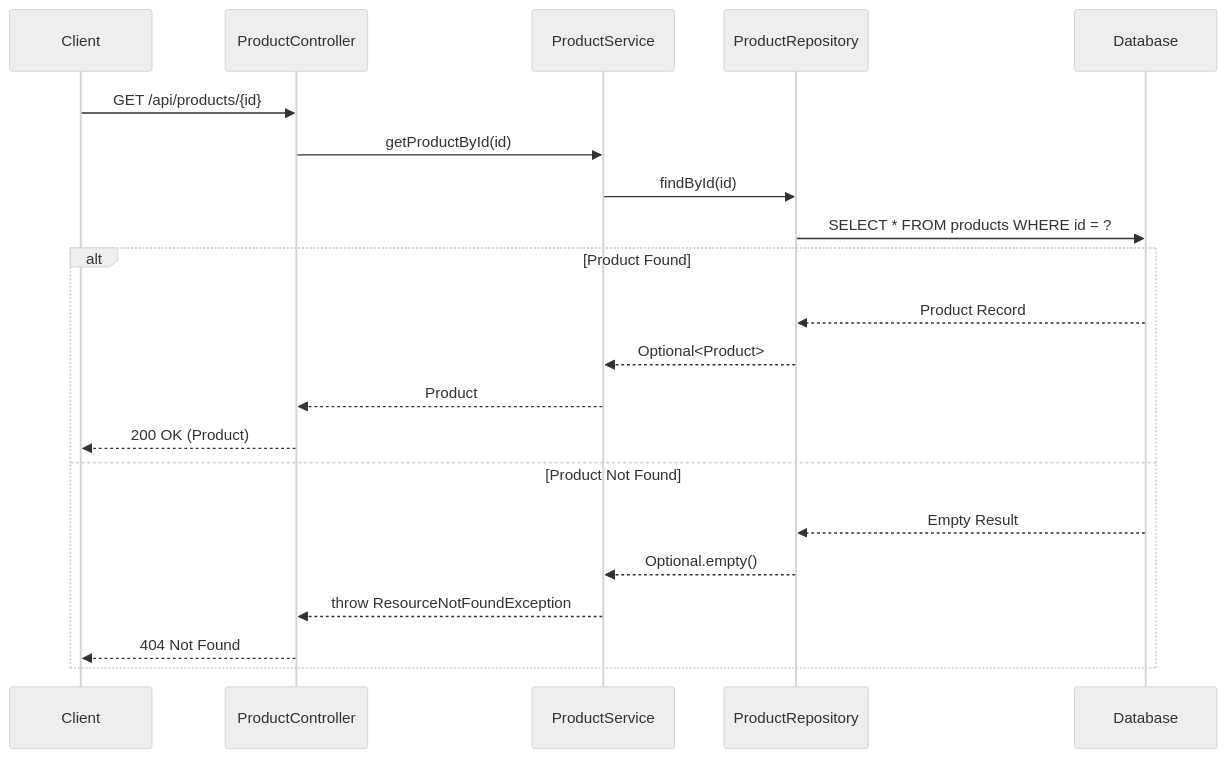
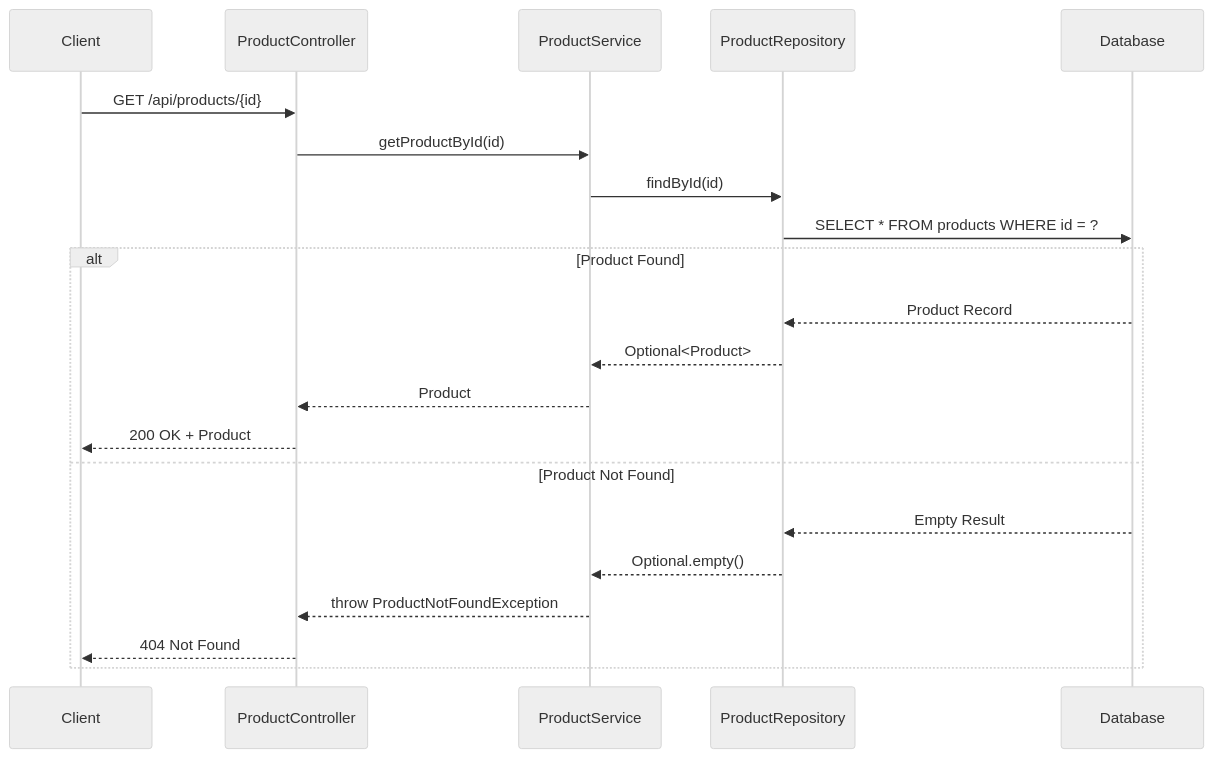
One commit to NavneetBN47/aava-ecom-demo changed the fourth of 13 diagrams in docs/LLD/lld.md. Above: the diagram before and after it, drawn with Mermaid (neutral theme). The commit also changed other lines of this file, not shown here.

````diff
--- a/docs/LLD/lld.md
+++ b/docs/LLD/lld.md
@@ -231,25 +235,25 @@
 ```mermaid
 sequenceDiagram
     participant Client
     participant ProductController
     participant ProductService
     participant ProductRepository
     participant Database
 
     Client->>ProductController: GET /api/products/{id}
     ProductController->>ProductService: getProductById(id)
     ProductService->>ProductRepository: findById(id)
     ProductRepository->>Database: SELECT * FROM products WHERE id = ?
     
     alt Product Found
         Database-->>ProductRepository: Product Record
         ProductRepository-->>ProductService: Optional<Product>
         ProductService-->>ProductController: Product
-        ProductController-->>Client: 200 OK (Product)
+        ProductController-->>Client: 200 OK + Product
     else Product Not Found
         Database-->>ProductRepository: Empty Result
         ProductRepository-->>ProductService: Optional.empty()
-        ProductService-->>ProductController: throw ResourceNotFoundException
+        ProductService-->>ProductController: throw ProductNotFoundException
         ProductController-->>Client: 404 Not Found
     end
 ```
````
